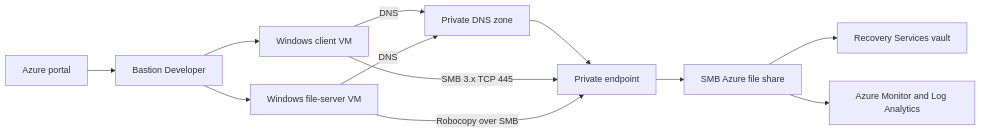
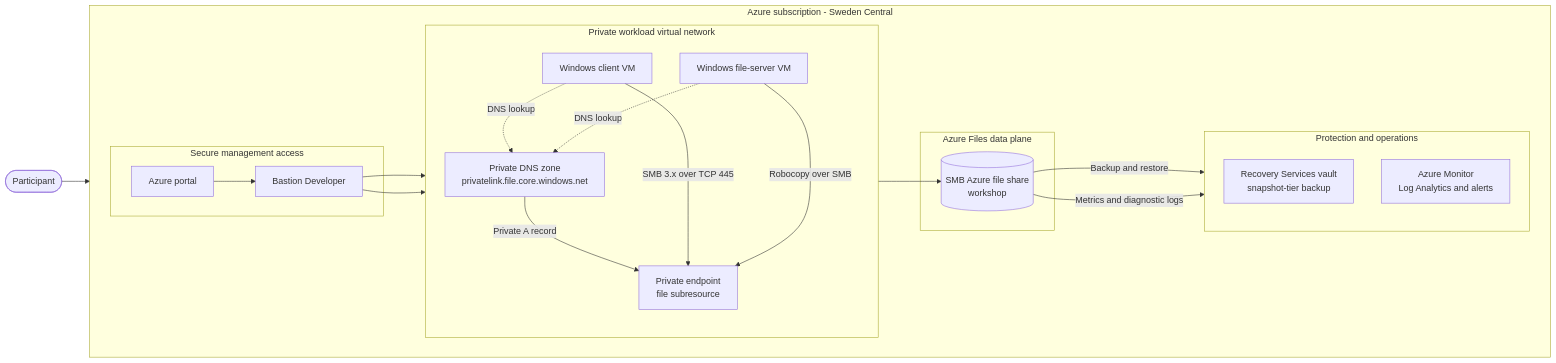
One commit to abengtss-max/azure-files-workshop changed the diagram in workshop-2-azure-files.md. Above: the diagram before and after it, drawn with Mermaid. The commit also changed other lines of this file and 1 other file, not shown here.

Commit message:
docs: add Azure Files architecture diagram

````diff
--- a/workshop-2-azure-files.md
+++ b/workshop-2-azure-files.md
@@ -37,23 +41,46 @@
 ```mermaid
 flowchart LR
-    Portal[Azure portal]
-    Bastion[Bastion Developer]
-    Client[Windows client VM]
-    Source[Windows file-server VM]
-    DNS[Private DNS zone]
-    PE[Private endpoint]
-    Share[SMB Azure file share]
-    Vault[Recovery Services vault]
-    Monitor[Azure Monitor and Log Analytics]
-    Portal --> Bastion
-    Bastion --> Client
-    Bastion --> Source
-    Client -->|DNS| DNS
-    Source -->|DNS| DNS
-    DNS --> PE
-    Client -->|SMB 3.x TCP 445| PE
-    Source -->|Robocopy over SMB| PE
-    PE --> Share
-    Share --> Vault
-    Share --> Monitor
+    User([Participant])
+
+    subgraph Azure[Azure subscription - Sweden Central]
+        direction LR
+
+        subgraph Access[Secure management access]
+            Portal[Azure portal]
+            Bastion[Bastion Developer]
+            Portal --> Bastion
+        end
+
+        subgraph Workload[Private workload virtual network]
+            direction TB
+            Client[Windows client VM]
+            Source[Windows file-server VM]
+            DNS[Private DNS zone<br/>privatelink.file.core.windows.net]
+            PE[Private endpoint<br/>file subresource]
+
+            Client -. DNS lookup .-> DNS
+            Source -. DNS lookup .-> DNS
+            DNS -->|Private A record| PE
+        end
+
+        subgraph Storage[Azure Files data plane]
+            Share[(SMB Azure file share<br/>workshop)]
+        end
+
+        subgraph Operations[Protection and operations]
+            direction TB
+            Vault[Recovery Services vault<br/>snapshot-tier backup]
+            Monitor[Azure Monitor<br/>Log Analytics and alerts]
+        end
+
+        Bastion --> Client
+        Bastion --> Source
+        Client -->|SMB 3.x over TCP 445| PE
+        Source -->|Robocopy over SMB| PE
+        PE --> Share
+        Share -->|Backup and restore| Vault
+        Share -->|Metrics and diagnostic logs| Monitor
+    end
+
+    User --> Portal
 ```
````
